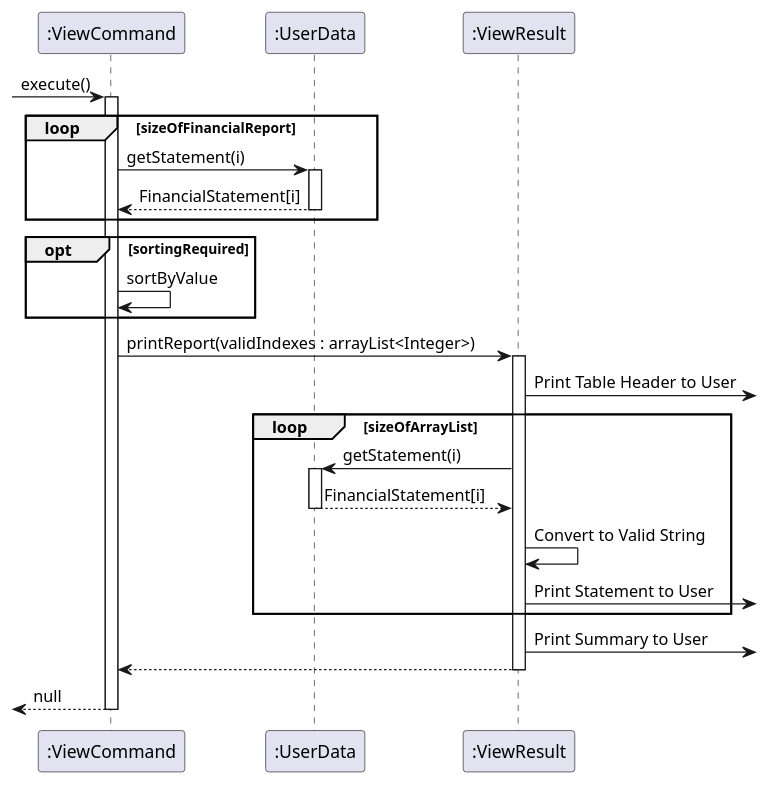
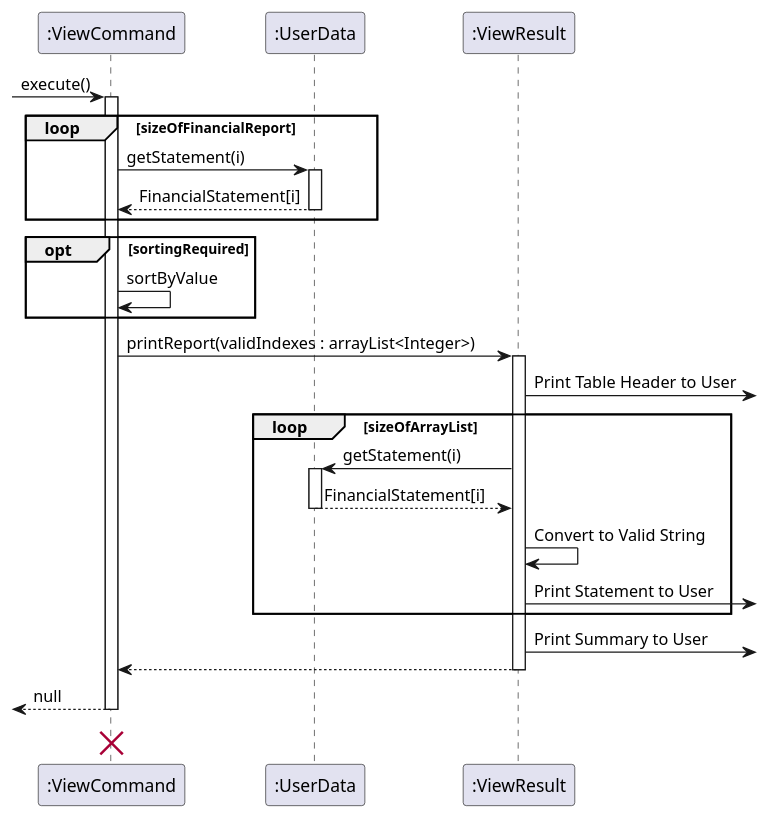
The diagram in docs/diagrams/ViewCommand.puml (nus-cs2113-AY2223S2/tp), drawn with PlantUML before and after one commit. The commit also changed 18 other files, not shown here.

Commit message:
Standardise sequence diagrams

```diff
--- a/docs/diagrams/ViewCommand.puml
+++ b/docs/diagrams/ViewCommand.puml
@@ -1,38 +1,40 @@
 @startuml
 participant ":ViewCommand" as ViewCommand
 participant ":UserData" as UserData
 participant ":ViewResult" as ViewResult
 
 [-> ViewCommand : execute()
 activate ViewCommand
 
 loop sizeOfFinancialReport
     ViewCommand -> UserData : getStatement(i)
     activate UserData
     UserData --> ViewCommand: FinancialStatement[i]
     deactivate UserData
     end
         opt sortingRequired
         ViewCommand -> ViewCommand : sortByValue
     end
 
     ViewCommand -> ViewResult : printReport(validIndexes : arrayList<Integer>)
     activate ViewResult
 
 ViewResult ->] : Print Table Header to User
 loop sizeOfArrayList
     ViewResult -> UserData : getStatement(i)
     activate UserData
     UserData --> ViewResult: FinancialStatement[i]
     deactivate UserData
     ViewResult -> ViewResult : Convert to Valid String
     ViewResult ->] : Print Statement to User
     end
     ViewResult ->] : Print Summary to User
     ViewResult --> ViewCommand
     deactivate ViewResult
 
 ViewCommand -->[ : null
 deactivate ViewCommand
-
+ViewCommand <-[hidden]- ViewCommand
+'Hidden arrow to position the destroy marker below the end of the activation bar.
+destroy ViewCommand
 @enduml
```
